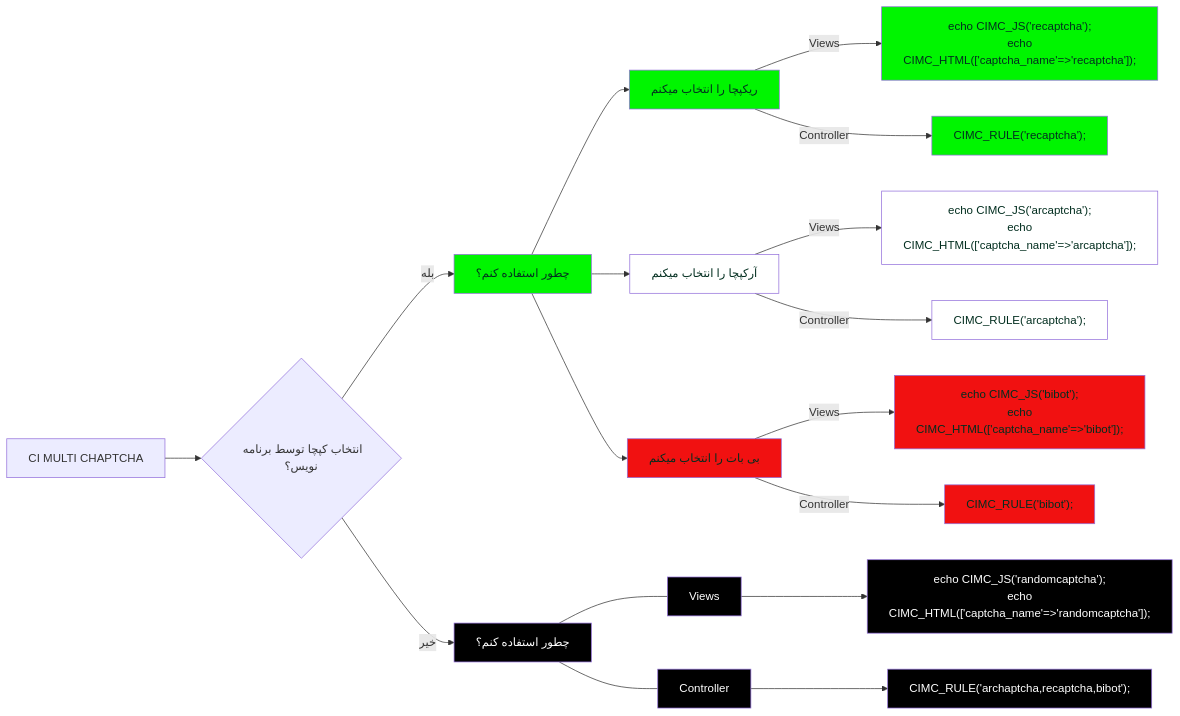
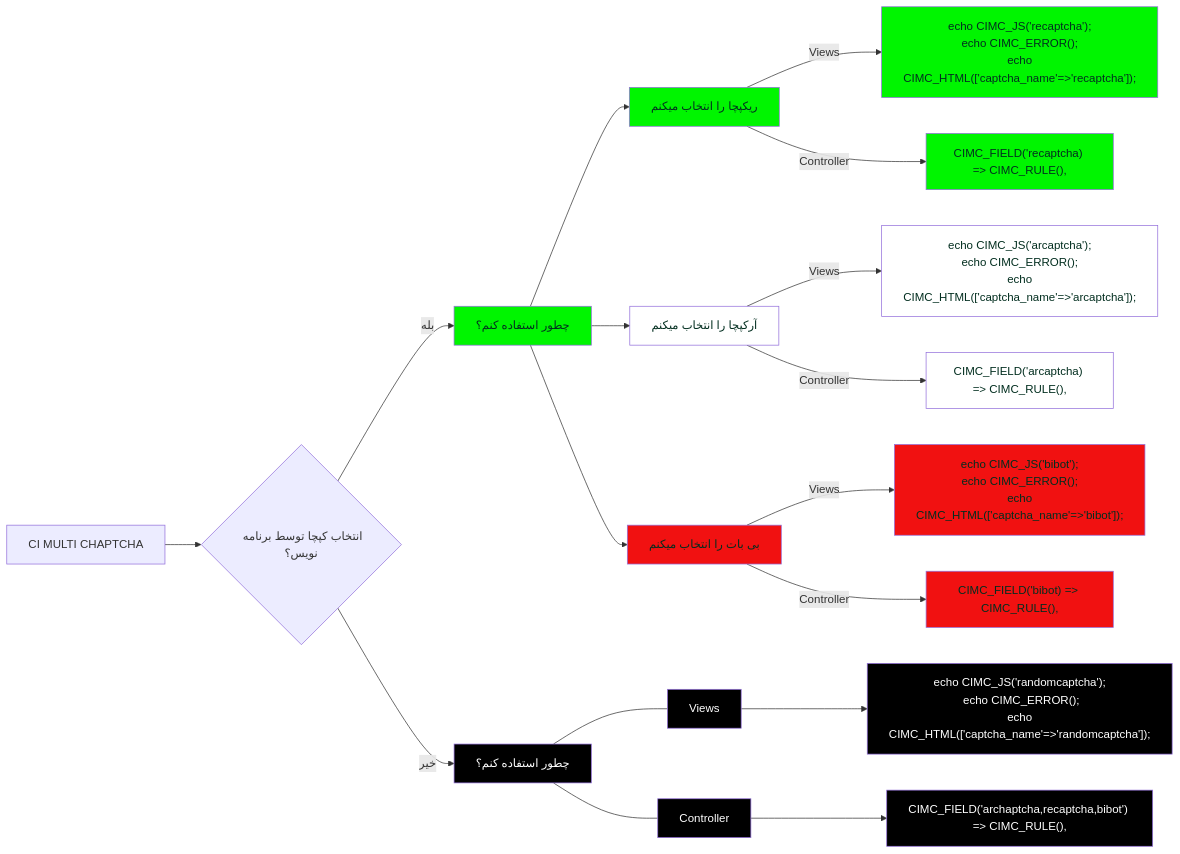
One commit to datamweb/codeigniter-multi-captcha changed the diagram in README.fa-IR.md. Above: the diagram before and after it, drawn with Mermaid.

````diff
--- a/README.fa-IR.md
+++ b/README.fa-IR.md
@@ -47,25 +47,25 @@
 ```mermaid
   flowchart LR;
       A[CI MULTI CHAPTCHA]-->B{"انتخاب کپچا توسط برنامه نویس؟"};
       classDef green color:#022e1f,fill:#00f500;
       classDef red color:#022e1f,fill:#f11111;
       classDef white color:#022e1f,fill:#fff;
       classDef black color:#fff,fill:#000;
       B--بله-->C["چطور استفاده کنم؟"]:::green;
       
       C-->U["ریکپچا را انتخاب میکنم"]:::green;
-      U--Views-->Q["echo CIMC_JS('recaptcha');\n echo CIMC_HTML(['captcha_name'=>'recaptcha']);"]:::green;
-      U--Controller-->W["CIMC_RULE('recaptcha');"]:::green;
+      U--Views-->Q["echo CIMC_JS('recaptcha');\n echo CIMC_ERROR(); \n echo CIMC_HTML(['captcha_name'=>'recaptcha']);"]:::green;
+      U--Controller-->W["CIMC_FIELD('recaptcha) => CIMC_RULE(),"]:::green;
       
       C-->I[آرکپچا را انتخاب میکنم]:::white;
-      I--Views-->O["echo CIMC_JS('arcaptcha');\n echo CIMC_HTML(['captcha_name'=>'arcaptcha']);"]:::white;
-      I--Controller-->P["CIMC_RULE('arcaptcha');"]:::white;
+      I--Views-->O["echo CIMC_JS('arcaptcha');\n echo CIMC_ERROR(); \n echo CIMC_HTML(['captcha_name'=>'arcaptcha']);"]:::white;
+      I--Controller-->P["CIMC_FIELD('arcaptcha) => CIMC_RULE(),"]:::white;
       
       C-->X["بی بات را انتخاب میکنم"]:::red;
-      X--Views-->V["echo CIMC_JS('bibot');\n echo CIMC_HTML(['captcha_name'=>'bibot']);"]:::red;
-      X--Controller-->N["CIMC_RULE('bibot');"]:::red;
+      X--Views-->V["echo CIMC_JS('bibot');\n echo CIMC_ERROR(); \n echo CIMC_HTML(['captcha_name'=>'bibot']);"]:::red;
+      X--Controller-->N["CIMC_FIELD('bibot) => CIMC_RULE(),"]:::red;
       
       B--خیر-->D["چطور استفاده کنم؟"]:::black;
-      D---Views:::black-->F["echo CIMC_JS('randomcaptcha');\n echo CIMC_HTML(['captcha_name'=>'randomcaptcha']);"]:::black; 
-      D---Controller:::black-->T["CIMC_RULE('archaptcha,recaptcha,bibot');"]:::black; 
+      D---Views:::black-->F["echo CIMC_JS('randomcaptcha');\n echo CIMC_ERROR();\n echo CIMC_HTML(['captcha_name'=>'randomcaptcha']);"]:::black; 
+      D---Controller:::black-->T["CIMC_FIELD('archaptcha,recaptcha,bibot') => CIMC_RULE(),"]:::black; 
 ```
````
